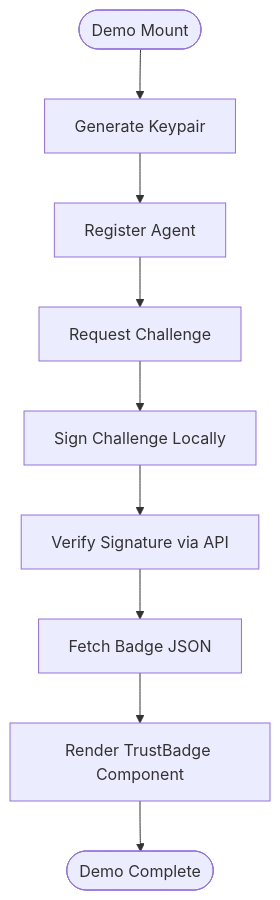
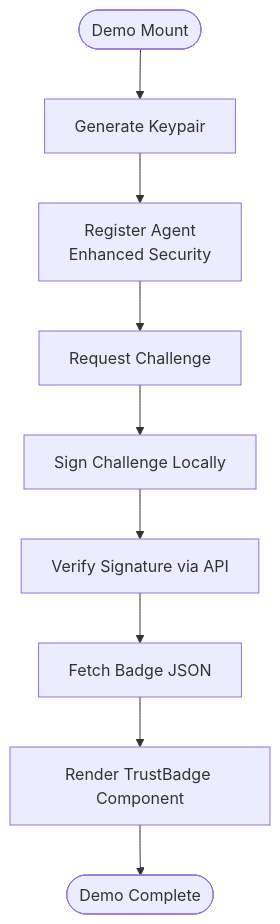
Before and after one commit to RunTimeAdmin/AgentID: the third of 7 diagrams in .qoder/repowiki/en/content/Frontend Application/Page Components/Demo Page.md, drawn with Mermaid. The commit also changed other lines of this file and 31 other files, not shown here.

````diff
--- a/.qoder/repowiki/en/content/Frontend Application/Page Components/Demo Page.md
+++ b/.qoder/repowiki/en/content/Frontend Application/Page Components/Demo Page.md
@@ -178,11 +196,11 @@
 ```mermaid
 flowchart TD
 Start(["Demo Mount"]) --> GenKeys["Generate Keypair"]
-GenKeys --> Reg["Register Agent"]
+GenKeys --> Reg["Register Agent<br/>Enhanced Security"]
 Reg --> Challenge["Request Challenge"]
 Challenge --> Sign["Sign Challenge Locally"]
 Sign --> Verify["Verify Signature via API"]
 Verify --> Badge["Fetch Badge JSON"]
 Badge --> Render["Render TrustBadge Component"]
 Render --> End(["Demo Complete"])
 ```
````
